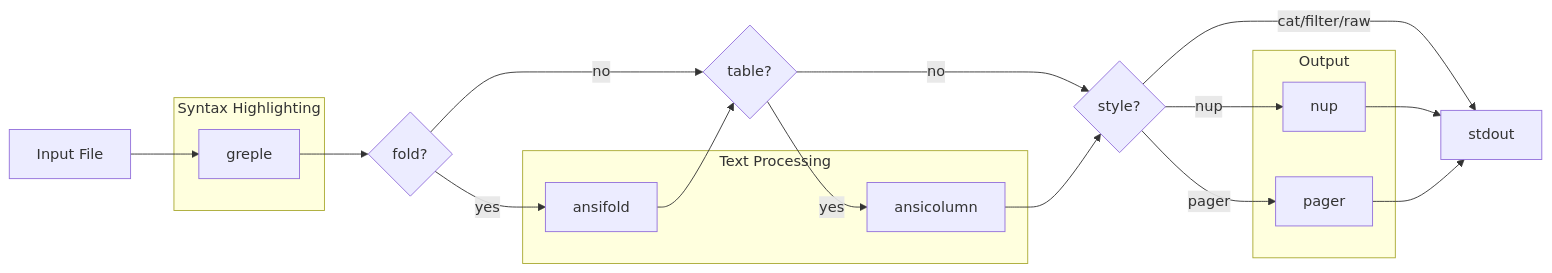
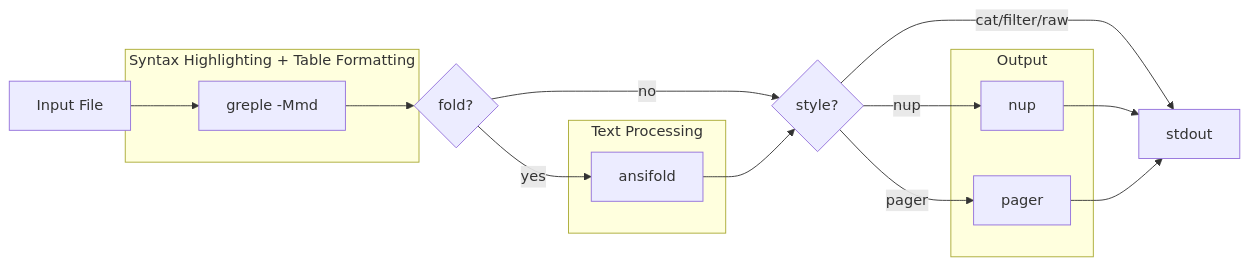
One commit to MaxMood96/metacpan-cpan-extracted changed the diagram in distros/A/App-mdee/CLAUDE.md. Above: the diagram before and after it, drawn with Mermaid. The commit also changed other lines of this file and 292 other files, not shown here.

````diff
--- a/distros/A/App-mdee/CLAUDE.md
+++ b/distros/A/App-mdee/CLAUDE.md
@@ -165,28 +166,24 @@
 ```mermaid
 flowchart LR
-    A[Input File] --> B[greple]
+    A[Input File] --> B[greple -Mmd]
     B --> C{fold?}
     C -->|yes| D[ansifold]
-    C -->|no| E{table?}
-    D --> E
-    E -->|yes| F[ansicolumn]
-    E -->|no| G{style?}
-    F --> G
+    C -->|no| G{style?}
+    D --> G
     G -->|nup| H[nup]
     G -->|pager| J[pager]
     G -->|cat/filter/raw| I[stdout]
     H --> I
     J --> I
 
-    subgraph "Syntax Highlighting"
+    subgraph "Syntax Highlighting + Table Formatting"
         B
     end
     subgraph "Text Processing"
         D
-        F
     end
     subgraph "Output"
         H
         J
     end
 ```
````
